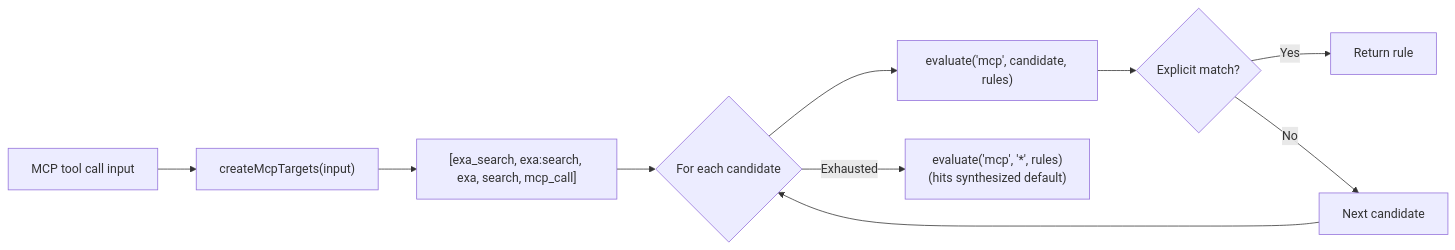
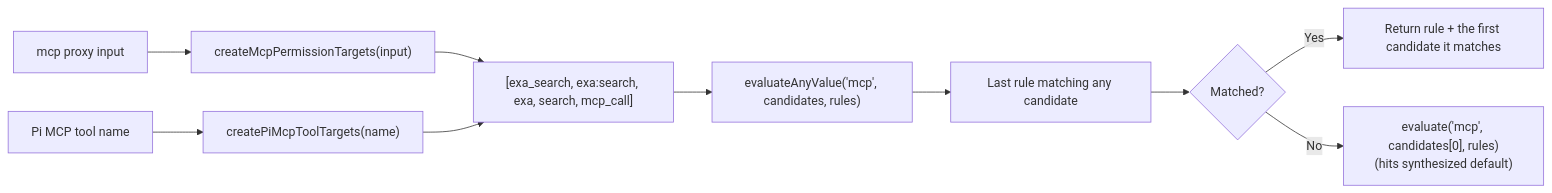
The second of 4 diagrams in docs/architecture/architecture.md (denis-vilantis/pi-permission-system), drawn with Mermaid before and after one commit. The commit also changed other lines of this file and 300 other files, not shown here.

````diff
--- a/docs/architecture/architecture.md
+++ b/docs/architecture/architecture.md
@@ -312,12 +343,12 @@
 ```mermaid
 flowchart LR
-    Input["MCP tool call input"] --> Derive["createMcpTargets(input)"]
+    Input["mcp proxy input"] --> Derive["createMcpPermissionTargets(input)"]
+    PiName["Pi MCP tool name"] --> DerivePi["createPiMcpToolTargets(name)"]
     Derive --> Candidates["[exa_search, exa:search, exa, search, mcp_call]"]
-    Candidates --> Loop{"For each candidate"}
-    Loop --> Eval["evaluate('mcp', candidate, rules)"]
-    Eval --> Found{"Explicit match?"}
-    Found -->|Yes| Return["Return rule"]
-    Found -->|No| Next["Next candidate"]
-    Next --> Loop
-    Loop -->|Exhausted| Fallback["evaluate('mcp', '*', rules)<br/>(hits synthesized default)"]
+    DerivePi --> Candidates
+    Candidates --> Eval["evaluateAnyValue('mcp', candidates, rules)"]
+    Eval --> Scan["Last rule matching any candidate"]
+    Scan --> Found{"Matched?"}
+    Found -->|Yes| Return["Return rule + the first candidate it matches"]
+    Found -->|No| Fallback["evaluate('mcp', candidates[0], rules)<br/>(hits synthesized default)"]
 ```
````
